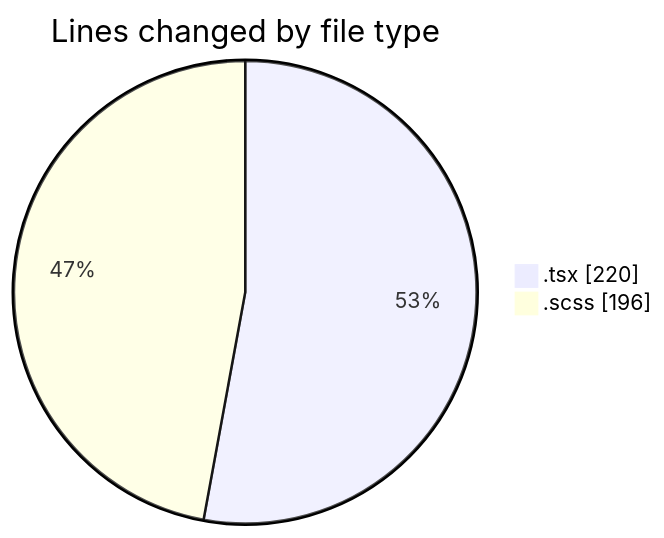
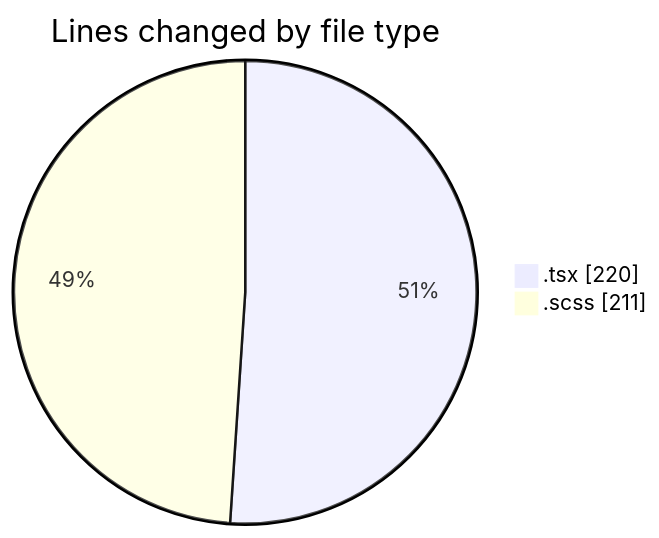
The first of 2 diagrams in 2026-06-17/cda/README.md (momahboobian/code-tracking), drawn with Mermaid before and after one commit. The commit also changed other lines of this file and 1 other file, not shown here.

````diff
--- a/2026-06-17/cda/README.md
+++ b/2026-06-17/cda/README.md
@@ -26,6 +26,6 @@
 ```mermaid
 pie showData
 title Lines changed by file type
 ".tsx" : 220
-".scss" : 196
+".scss" : 211
 ```
````
